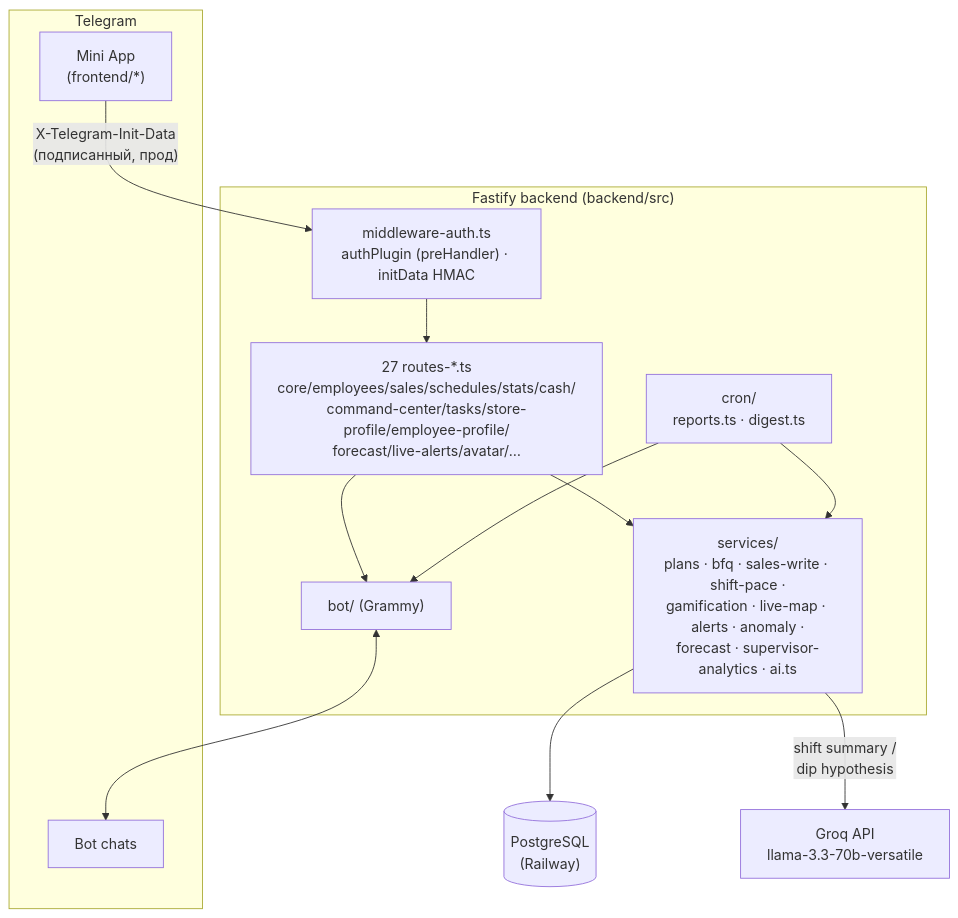
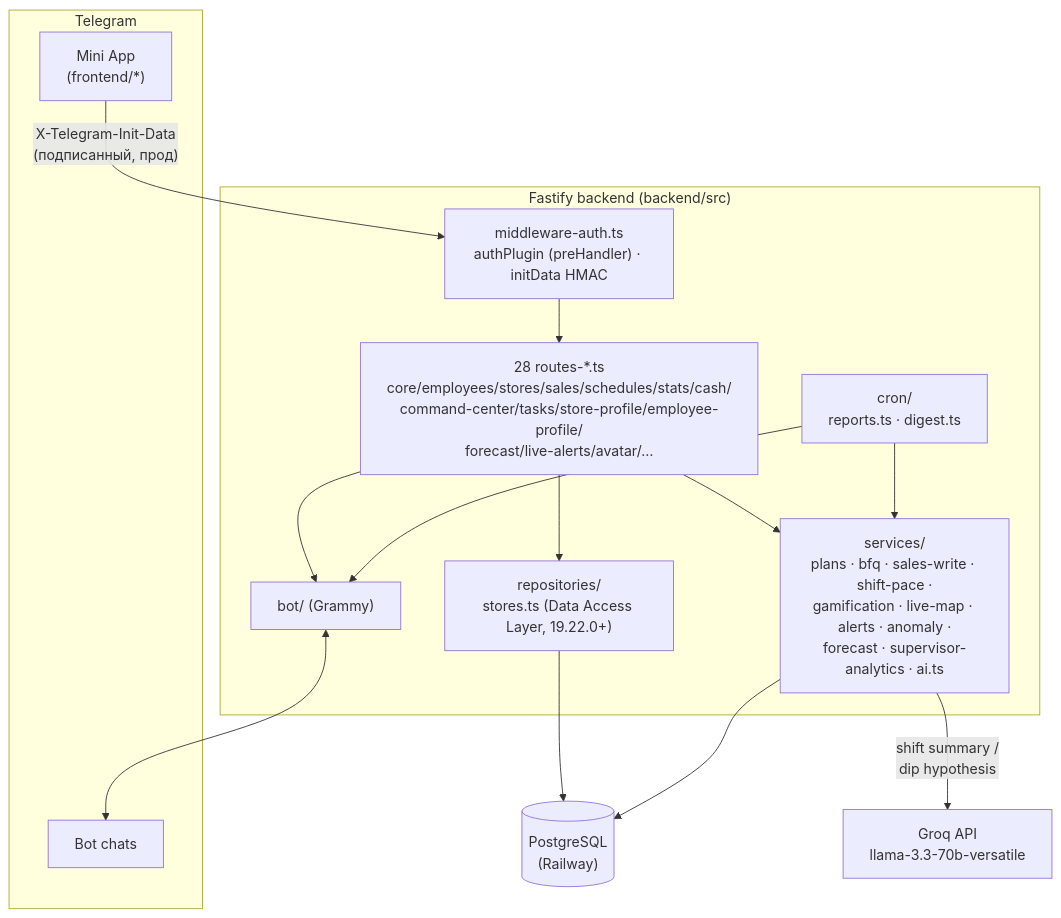
Before and after one commit to JustT1MExGOD/tele2-app: the diagram in README.md, drawn with Mermaid. The commit also changed other lines of this file and 12 other files, not shown here.

````diff
--- a/README.md
+++ b/README.md
@@ -126,27 +126,29 @@
 ```mermaid
 flowchart TB
     subgraph TG["Telegram"]
         MA["Mini App<br/>(frontend/*)"]
         CH["Bot chats"]
     end
 
     subgraph BE["Fastify backend (backend/src)"]
         AUTH["middleware-auth.ts<br/>authPlugin (preHandler) · initData HMAC"]
-        ROUTES["27 routes-*.ts<br/>core/employees/sales/schedules/stats/cash/<br/>command-center/tasks/store-profile/employee-profile/<br/>forecast/live-alerts/avatar/…"]
+        ROUTES["28 routes-*.ts<br/>core/employees/stores/sales/schedules/stats/cash/<br/>command-center/tasks/store-profile/employee-profile/<br/>forecast/live-alerts/avatar/…"]
         SVC["services/<br/>plans · bfq · sales-write · shift-pace ·<br/>gamification · live-map · alerts · anomaly ·<br/>forecast · supervisor-analytics · ai.ts"]
+        REPO["repositories/<br/>stores.ts (Data Access Layer, 19.22.0+)"]
         CRON["cron/<br/>reports.ts · digest.ts"]
         BOT["bot/ (Grammy)"]
     end
 
     PG[("PostgreSQL<br/>(Railway)")]
     GROQ["Groq API<br/>llama-3.3-70b-versatile"]
 
     MA -- "X-Telegram-Init-Data<br/>(подписанный, прод)" --> AUTH
     AUTH --> ROUTES --> SVC
+    ROUTES --> REPO --> PG
     CRON --> SVC
     SVC --> PG
     SVC -- "shift summary /<br/>dip hypothesis" --> GROQ
     BOT <--> CH
     ROUTES --> BOT
     CRON --> BOT
 ```
````
